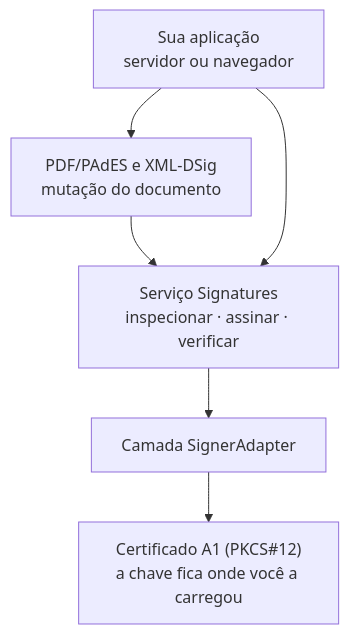
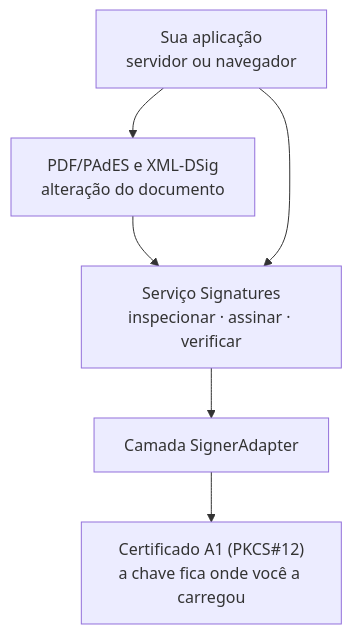
Before and after one commit to Licitei/signature-kit: the diagram in apps/docs/content/docs/index.mdx, drawn with Mermaid. The commit also changed other lines of this file and 61 other files, not shown here.

````diff
--- a/apps/docs/content/docs/index.mdx
+++ b/apps/docs/content/docs/index.mdx
@@ -11,14 +11,14 @@
 ```mermaid
 flowchart TD
   app["Sua aplicação<br/>servidor ou navegador"]
   service["Serviço Signatures<br/>inspecionar · assinar · verificar"]
   adapter["Camada SignerAdapter"]
   a1["Certificado A1 (PKCS#12)<br/>a chave fica onde você a carregou"]
-  formats["PDF/PAdES e XML-DSig<br/>mutação do documento"]
+  formats["PDF/PAdES e XML-DSig<br/>alteração do documento"]
 
   app --> formats
   formats --> service
   app --> service
   service --> adapter
   adapter --> a1
 ```
````
